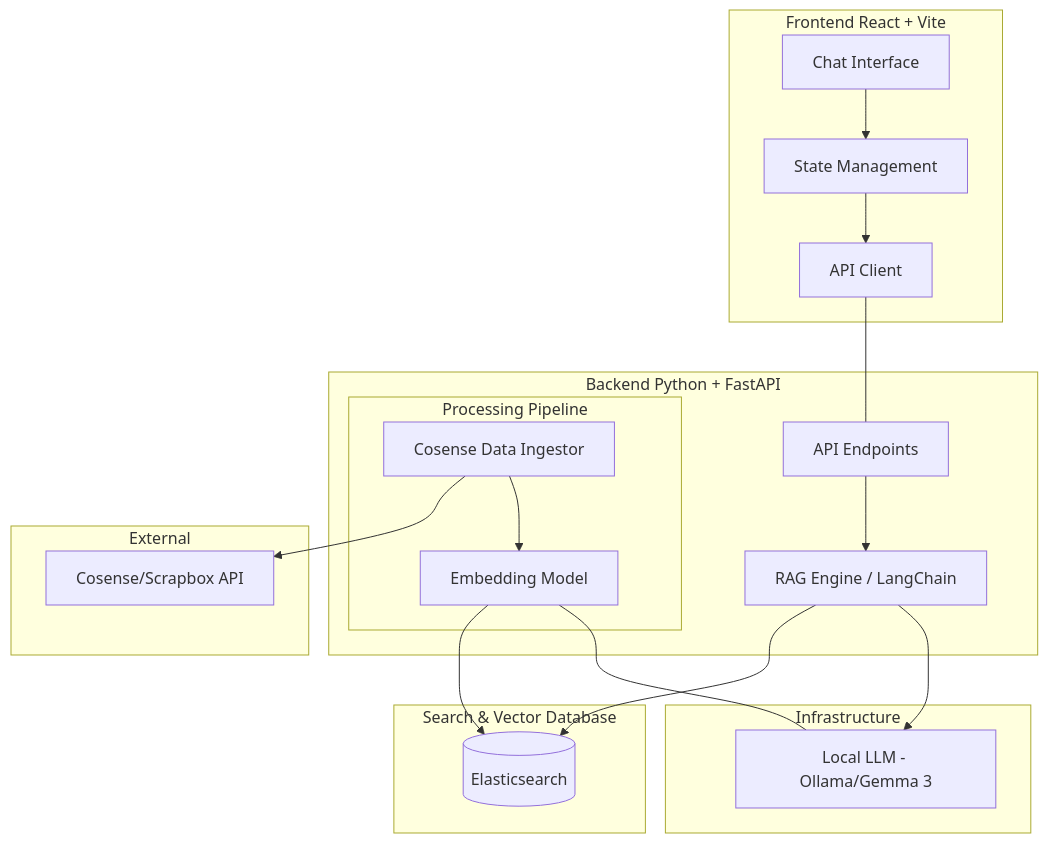
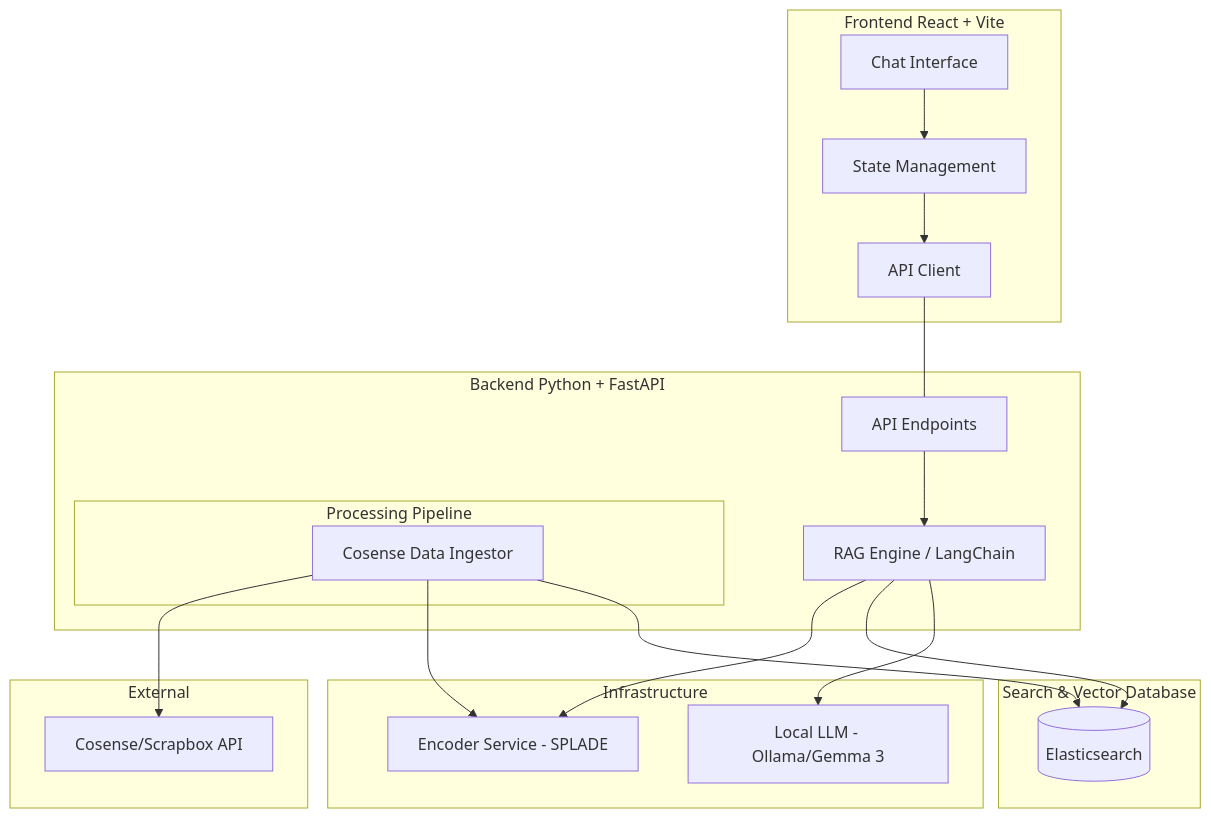
The diagram in architecture.md (wararaki718/rag-cosense), drawn with Mermaid before and after one commit. The commit also changed other lines of this file and 17 other files, not shown here.

````diff
--- a/architecture.md
+++ b/architecture.md
@@ -9,44 +9,44 @@
 ```mermaid
 graph TD
     subgraph Client_Side [Frontend React + Vite]
         UI[Chat Interface]
         State[State Management]
         API_Client[API Client]
     end
 
     subgraph Server_Side [Backend Python + FastAPI]
         API_Layer[API Endpoints]
         RAG_Engine[RAG Engine / LangChain]
         
         subgraph Processing_Pipeline [Processing Pipeline]
             Ingestor[Cosense Data Ingestor]
-            Embeddings[Embedding Model]
         end
     end
 
     subgraph Data_Storage [Search & Vector Database]
         Elasticsearch[(Elasticsearch)]
     end
 
     subgraph External_Services [External]
         Cosense_API[Cosense/Scrapbox API]
     end
 
     subgraph Infrastructure_Side [Infrastructure]
         LLM[Local LLM - Ollama/Gemma 3]
+        Encoder[Encoder Service - SPLADE]
     end
 
     %% Relationships
     UI --> State
     State --> API_Client
     API_Client --- API_Layer
     
     API_Layer --> RAG_Engine
+    RAG_Engine --> Encoder
     RAG_Engine --> Elasticsearch
     RAG_Engine --> LLM
     
     Ingestor --> Cosense_API
-    Ingestor --> Embeddings
-    Embeddings --> Elasticsearch
-    Embeddings --- LLM
+    Ingestor --> Encoder
+    Ingestor --> Elasticsearch
 ```
````
